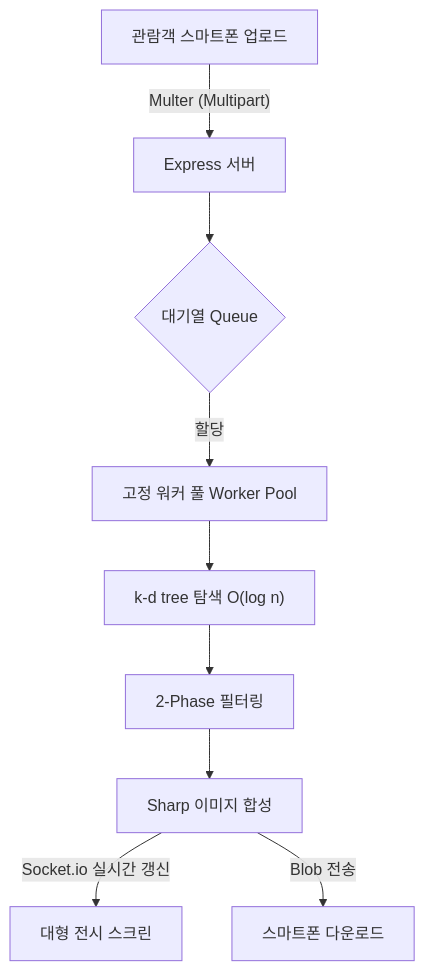
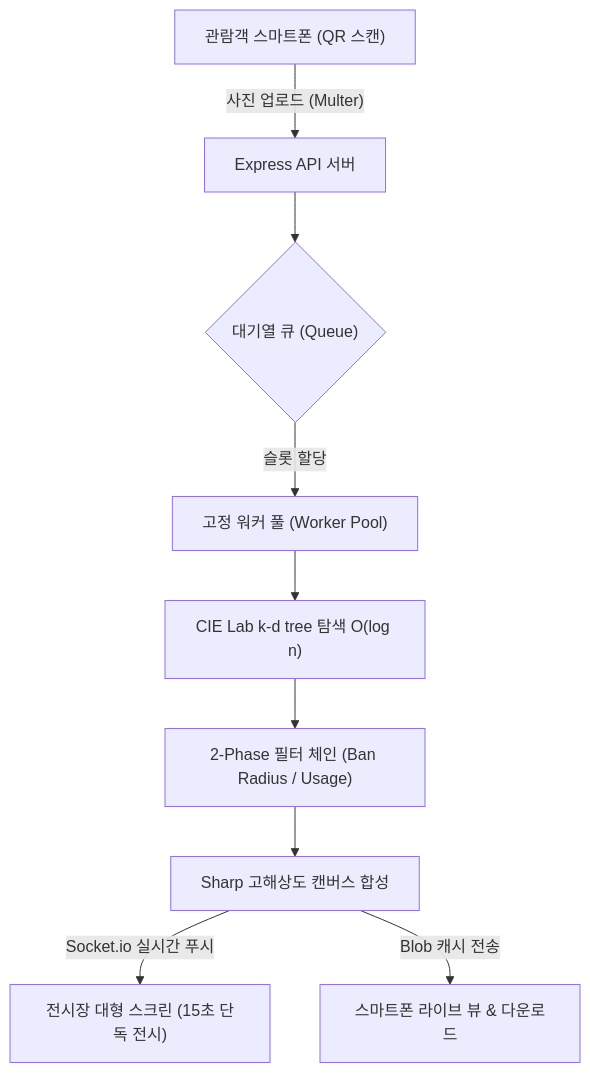
The diagram in README.md (Buvi-kr/mosaic), drawn with Mermaid before and after one commit. The commit also changed other lines of this file and 20 other files, not shown here.

````diff
--- a/README.md
+++ b/README.md
@@ -75,11 +87,11 @@
 ```mermaid
 graph TD
-    A["관람객 스마트폰 업로드"] -->|"Multer (Multipart)"| B["Express 서버"]
-    B --> C{"대기열 Queue"}
-    C -->|"할당"| D["고정 워커 풀 Worker Pool"]
-    D --> E["k-d tree 탐색 O(log n)"]
-    E --> F["2-Phase 필터링"]
-    F --> G["Sharp 이미지 합성"]
-    G -->|"Socket.io 실시간 갱신"| H["대형 전시 스크린"]
-    G -->|"Blob 전송"| I["스마트폰 다운로드"]
+    A["관람객 스마트폰 (QR 스캔)"] -->|"사진 업로드 (Multer)"| B["Express API 서버"]
+    B --> C{"대기열 큐 (Queue)"}
+    C -->|"슬롯 할당"| D["고정 워커 풀 (Worker Pool)"]
+    D --> E["CIE Lab k-d tree 탐색 O(log n)"]
+    E --> F["2-Phase 필터 체인 (Ban Radius / Usage)"]
+    F --> G["Sharp 고해상도 캔버스 합성"]
+    G -->|"Socket.io 실시간 푸시"| H["전시장 대형 스크린 (15초 단독 전시)"]
+    G -->|"Blob 캐시 전송"| I["스마트폰 라이브 뷰 & 다운로드"]
 ```
````
